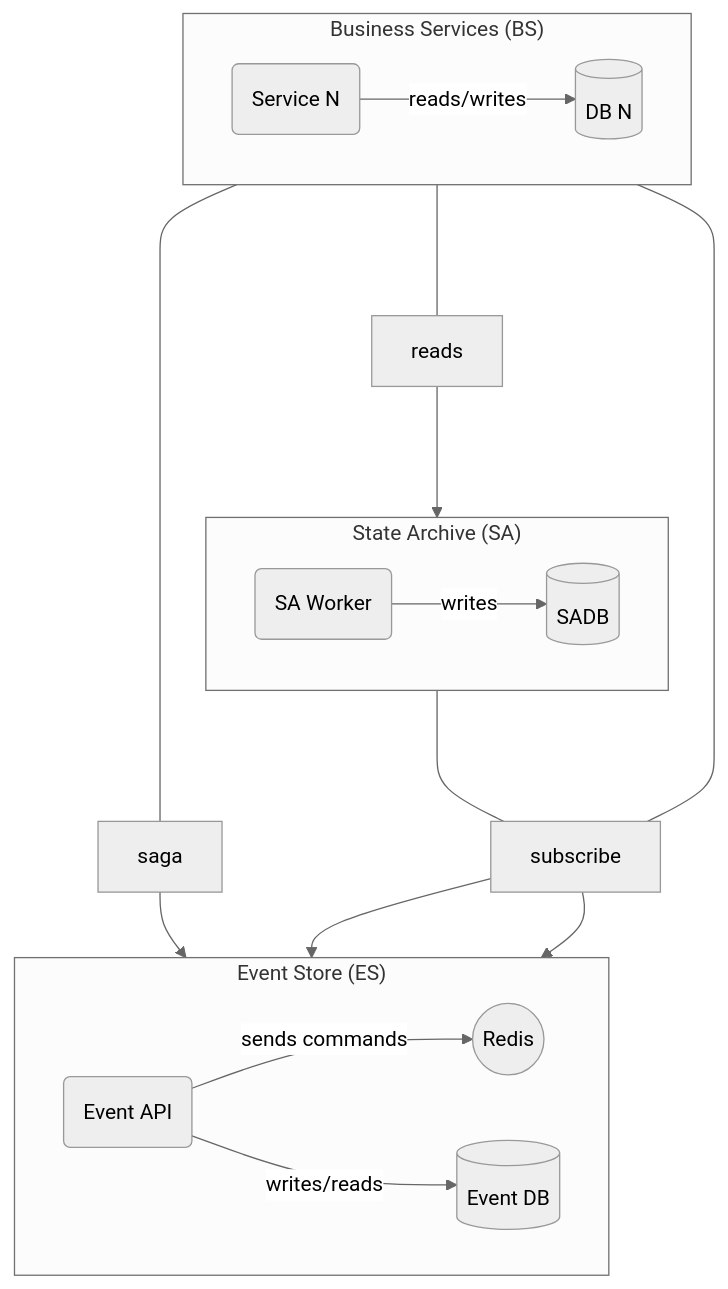
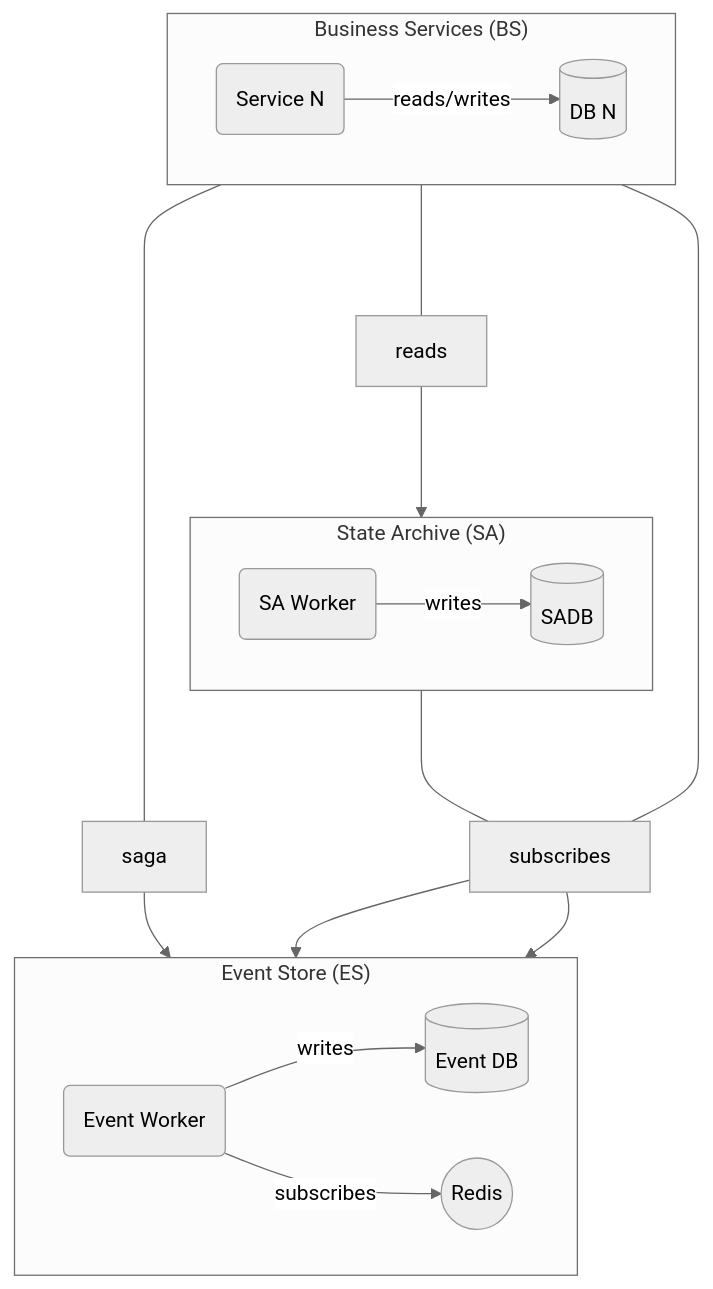
One commit to IsaacClank/vanch changed the second of 2 diagrams in docs/architecture.md. Above: the diagram before and after it, drawn with Mermaid (neutral theme).

Commit message:
Docs: update architecture doc

````diff
--- a/docs/architecture.md
+++ b/docs/architecture.md
@@ -20,36 +20,36 @@
 ```mermaid
 flowchart TD
   subgraph bs ["Business Services (BS)"]
     direction LR
 
     bsService(Service N)
     bsDb[(DB N)]
     
     bsService --reads/writes--> bsDb
   end
   
   subgraph sa ["State Archive (SA)"]
     direction LR
     
     saWorker(SA Worker)
     saDb[(SADB)]
     
     saWorker --writes--> saDb
   end
   
   subgraph es ["Event Store (ES)"]
     direction LR
   
-    esApi(Event API)
+    esApi(Event Worker)
     esBrokerer((Redis))
     esDb[(Event DB)]
     
-    esApi --sends commands--> esBrokerer
-    esApi --writes/reads--> esDb
+    esApi --writes--> esDb
+    esApi --subscribes--> esBrokerer
   end
   
   bsService ----reads---> saDb
-  bsService ----saga--> esApi
-  bsService ----subscribe--> esBrokerer
-  saWorker ----subscribe--> esBrokerer
+  bsService ----saga--> esBrokerer
+  bsService ----subscribes--> esBrokerer
+  saWorker ----subscribes--> esBrokerer
 ```
````
